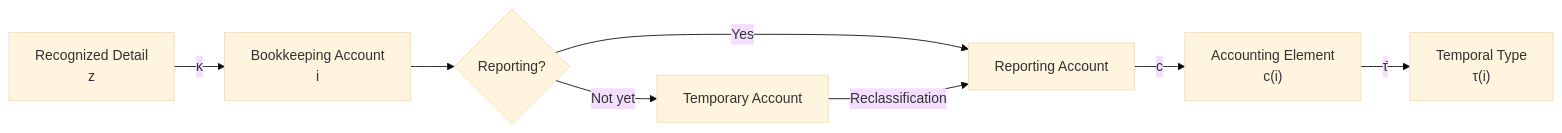
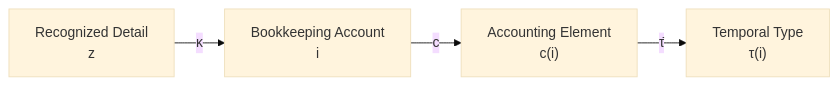
Before and after one commit to niikei/accounting-state-model: the second of 2 diagrams in theory/04-accounts-and-classification.md, drawn with Mermaid (base theme). The commit also changed other lines of this file and 8 other files, not shown here.

````diff
--- a/theory/04-accounts-and-classification.md
+++ b/theory/04-accounts-and-classification.md
@@ -647,27 +589,11 @@
 ```mermaid
 flowchart LR
     DETAIL["Recognized Detail<br/>z"]
-
     ACCOUNT["Bookkeeping Account<br/>i"]
-
-    ROLE{"Reporting?"}
-
-    TEMP["Temporary Account"]
-
-    REPORT["Reporting Account"]
-
     ELEMENT["Accounting Element<br/>c(i)"]
-
     TYPE["Temporal Type<br/>τ(i)"]
 
     DETAIL -->|"κ"| ACCOUNT
-    ACCOUNT --> ROLE
-
-    ROLE -->|"Yes"| REPORT
-    ROLE -->|"Not yet"| TEMP
-
-    TEMP -->|"Reclassification"| REPORT
-
-    REPORT -->|"c"| ELEMENT
+    ACCOUNT -->|"c"| ELEMENT
     ELEMENT -->|"τ̄"| TYPE
 ```
````
